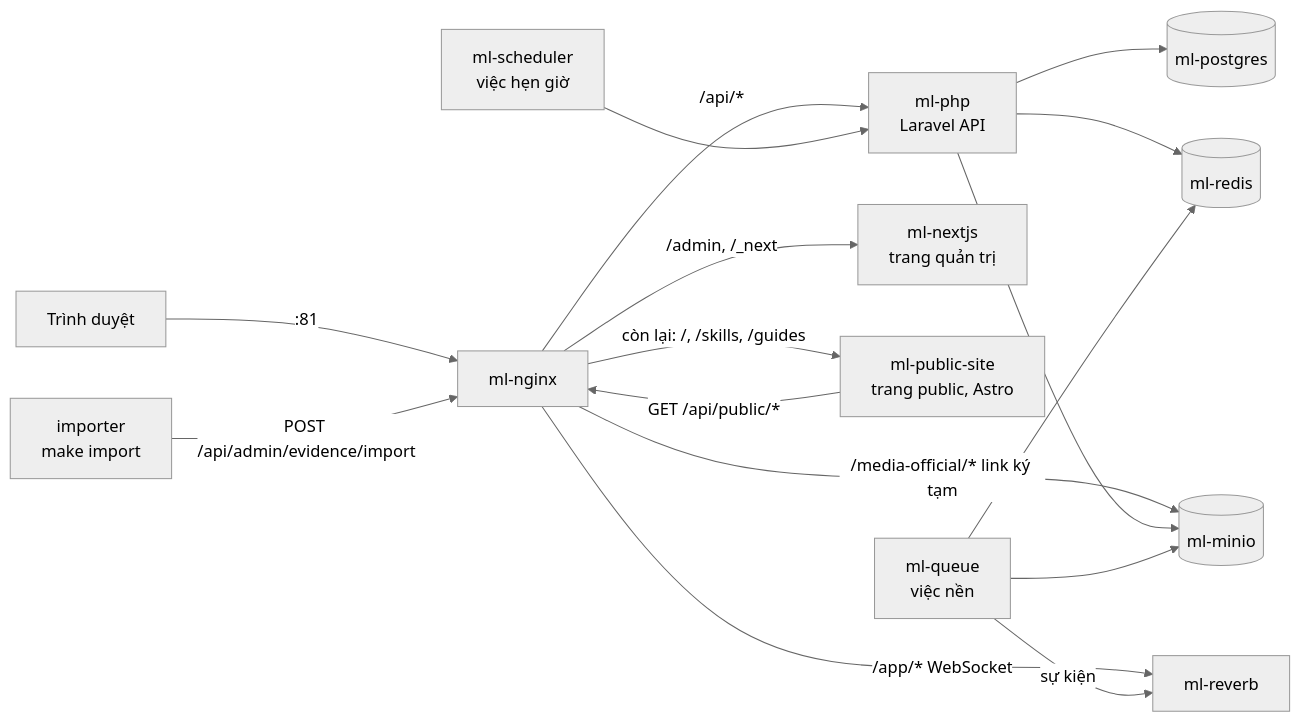
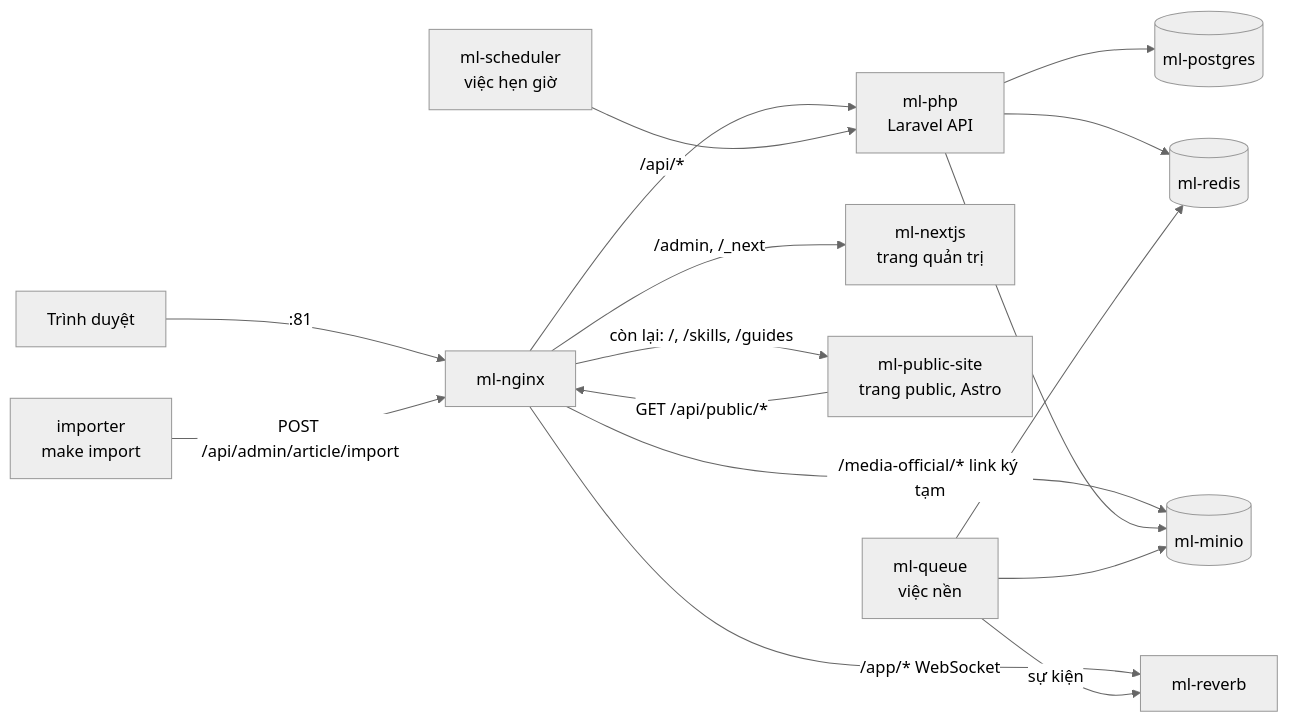
The first of 2 diagrams in docs/architecture/current.md (VinhDV-MCWAI/second_memory), drawn with Mermaid (neutral theme) before and after one commit. The commit also changed other lines of this file and 8 other files, not shown here.

Commit message:
docs: Obsidian import makes articles: feature doc, runbook in Vietnamese, API notes (ADR-0022)

````diff
--- a/docs/architecture/current.md
+++ b/docs/architecture/current.md
@@ -7,18 +7,18 @@
 ```mermaid
 flowchart LR
     B[Trình duyệt] -->|:81| N[ml-nginx]
     N -->|/api/*| P[ml-php<br/>Laravel API]
     N -->|/app/* WebSocket| R2[ml-reverb]
     N -->|/media-official/* link ký tạm| M[(ml-minio)]
     N -->|/admin, /_next| F[ml-nextjs<br/>trang quản trị]
     N -->|còn lại: /, /skills, /guides| D[ml-public-site<br/>trang public, Astro]
     D -->|GET /api/public/*| N
     P --> PG[(ml-postgres)]
     P --> R[(ml-redis)]
     P --> M
     Q[ml-queue<br/>việc nền] --> R
     Q --> M
     S[ml-scheduler<br/>việc hẹn giờ] --> P
     Q -->|sự kiện| R2
-    I[importer<br/>make import] -->|POST /api/admin/evidence/import| N
+    I[importer<br/>make import] -->|POST /api/admin/article/import| N
 ```
````
